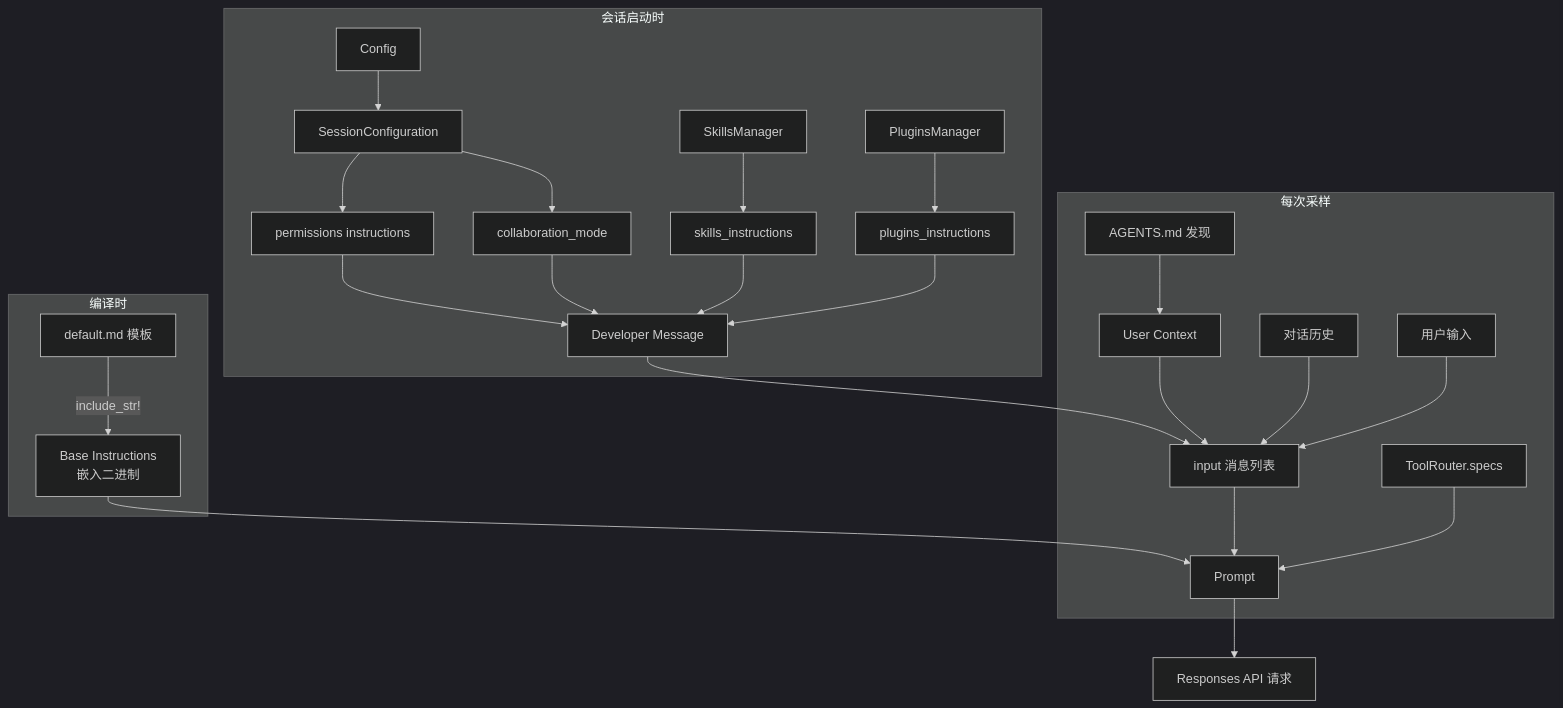
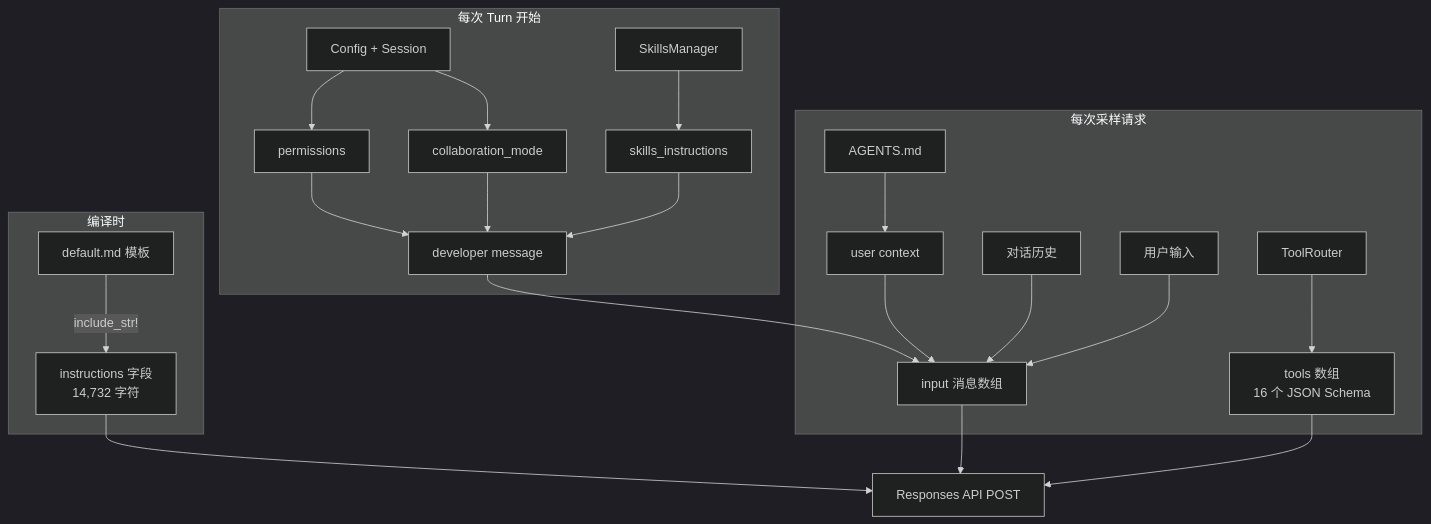
Before and after one commit to yibn2008/learn-codex: the second of 2 diagrams in wiki/02-prompt-and-tools.md, drawn with Mermaid (dark theme). The commit also changed other lines of this file and 1 other file, not shown here.

First line of the commit message:
docs: rewrite chapter 02 with complete annotated API request walkthrough

````diff
--- a/wiki/02-prompt-and-tools.md
+++ b/wiki/02-prompt-and-tools.md
@@ -374,31 +398,28 @@
 ```mermaid
 graph TD
     subgraph 编译时
-        TPL[default.md 模板] -->|include_str!| BI[Base Instructions<br/>嵌入二进制]
+        TPL[default.md 模板] -->|include_str!| BI[instructions 字段<br/>14,732 字符]
     end
 
-    subgraph 会话启动时
-        CONFIG[Config] --> SC[SessionConfiguration]
-        SC --> PERM[permissions instructions]
-        SC --> COLLAB[collaboration_mode]
-        SKILLS_MGR[SkillsManager] --> SKILLS_INST[skills_instructions]
-        PLUGINS_MGR[PluginsManager] --> PLUGINS_INST[plugins_instructions]
-        PERM --> DEV_MSG[Developer Message]
-        COLLAB --> DEV_MSG
-        SKILLS_INST --> DEV_MSG
-        PLUGINS_INST --> DEV_MSG
+    subgraph 每次 Turn 开始
+        CONFIG[Config + Session] --> PERM[permissions]
+        CONFIG --> COLLAB[collaboration_mode]
+        SKILLS_MGR[SkillsManager] --> SK[skills_instructions]
+        PERM --> DEV[developer message]
+        COLLAB --> DEV
+        SK --> DEV
     end
 
-    subgraph 每次采样
-        DEV_MSG --> INPUT[input 消息列表]
-        AGENTS[AGENTS.md 发现] --> USER_CTX[User Context]
+    subgraph 每次采样请求
+        DEV --> INPUT[input 消息数组]
+        AGENTS_MD[AGENTS.md] --> USER_CTX[user context]
         USER_CTX --> INPUT
         HISTORY[对话历史] --> INPUT
-        USER_INPUT[用户输入] --> INPUT
-        BI --> PROMPT[Prompt]
-        INPUT --> PROMPT
-        TOOL_ROUTER[ToolRouter.specs] --> PROMPT
+        USER[用户输入] --> INPUT
+        TOOL_ROUTER[ToolRouter] --> TOOLS[tools 数组<br/>16 个 JSON Schema]
     end
 
-    PROMPT --> API[Responses API 请求]
+    BI --> API[Responses API POST]
+    INPUT --> API
+    TOOLS --> API
 ```
````
